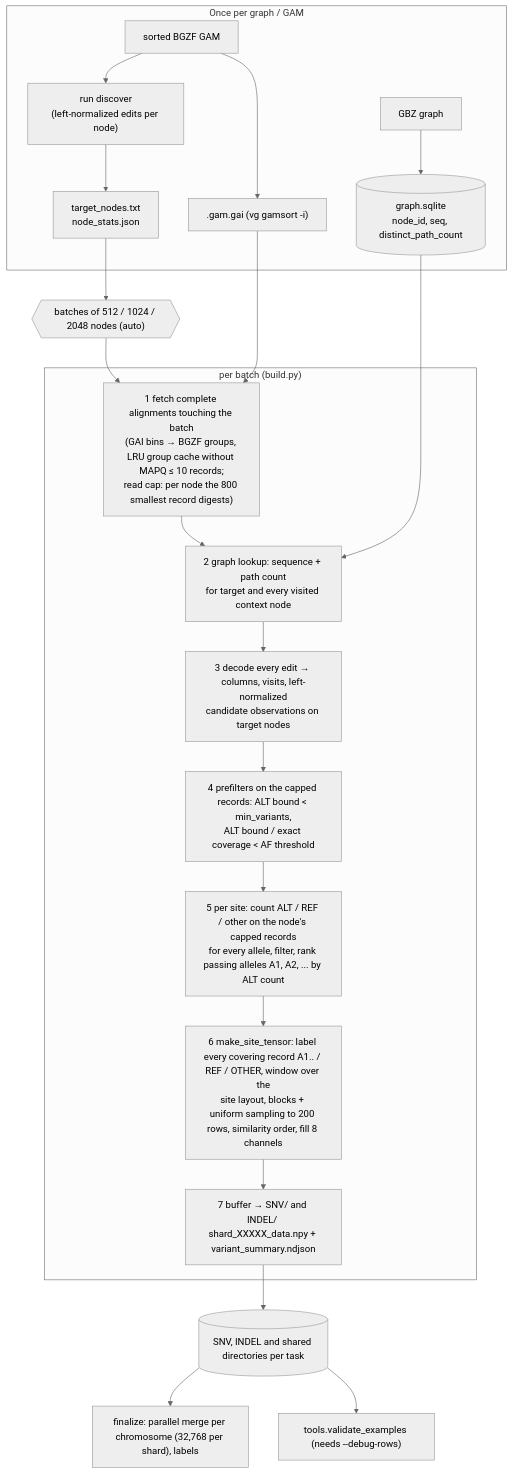
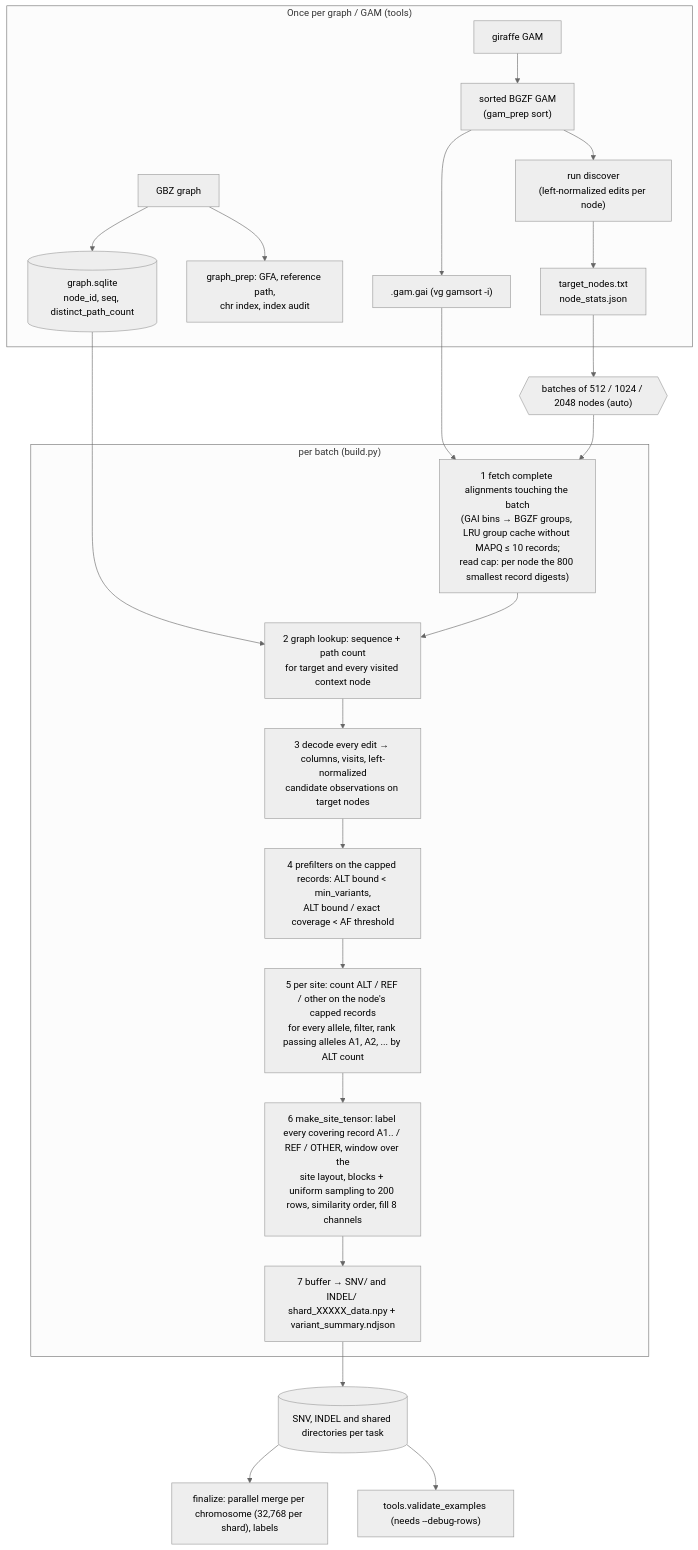
One commit to Jiawei-Shen/Pansoma changed the diagram in indexed_gam_pipeline_v4/README.md. Above: the diagram before and after it, drawn with Mermaid (neutral theme). The commit also changed other lines of this file and 8 other files, not shown here.

````diff
--- a/indexed_gam_pipeline_v4/README.md
+++ b/indexed_gam_pipeline_v4/README.md
@@ -74,26 +80,27 @@
 ```mermaid
 flowchart TD
-    subgraph once["Once per graph / GAM"]
+    subgraph once["Once per graph / GAM (tools)"]
         GBZ["GBZ graph"] --> GIDX[("graph.sqlite<br/>node_id, seq, distinct_path_count")]
-        GAM["sorted BGZF GAM"] --> GAI[".gam.gai (vg gamsort -i)"]
+        GBZ --> PREP["graph_prep: GFA, reference path,<br/>chr index, index audit"]
+        RAW["giraffe GAM"] --> GAM["sorted BGZF GAM<br/>(gam_prep sort)"] --> GAI[".gam.gai (vg gamsort -i)"]
         GAM --> DISC["run discover<br/>(left-normalized edits per node)"] --> NODES["target_nodes.txt<br/>node_stats.json"]
     end
 
     NODES --> BATCH{{"batches of 512 / 1024 / 2048 nodes (auto)"}}
     subgraph batch["per batch (build.py)"]
         F["1 fetch complete alignments touching the batch<br/>(GAI bins → BGZF groups, LRU group cache without MAPQ ≤ 10 records;<br/>read cap: per node the 800 smallest record digests)"]
         G["2 graph lookup: sequence + path count<br/>for target and every visited context node"]
         D["3 decode every edit → columns, visits, left-normalized<br/>candidate observations on target nodes"]
         P["4 prefilters on the capped records: ALT bound < min_variants,<br/>ALT bound / exact coverage < AF threshold"]
         C["5 per site: count ALT / REF / other on the node's capped records<br/>for every allele, filter, rank passing alleles A1, A2, ... by ALT count"]
         T["6 make_site_tensor: label every covering record A1.. / REF / OTHER, window over the<br/>site layout, blocks + uniform sampling to 200 rows, similarity order, fill 8 channels"]
         W["7 buffer → SNV/ and INDEL/ shard_XXXXX_data.npy + variant_summary.ndjson"]
         F --> G --> D --> P --> C --> T --> W
     end
     BATCH --> F
     GAI --> F
     GIDX --> G
     W --> OUT[("SNV, INDEL and shared directories per task")]
     OUT --> MERGE["finalize: parallel merge per chromosome (32,768 per shard), labels"]
     OUT --> AUD["tools.validate_examples (needs --debug-rows)"]
 ```
````
